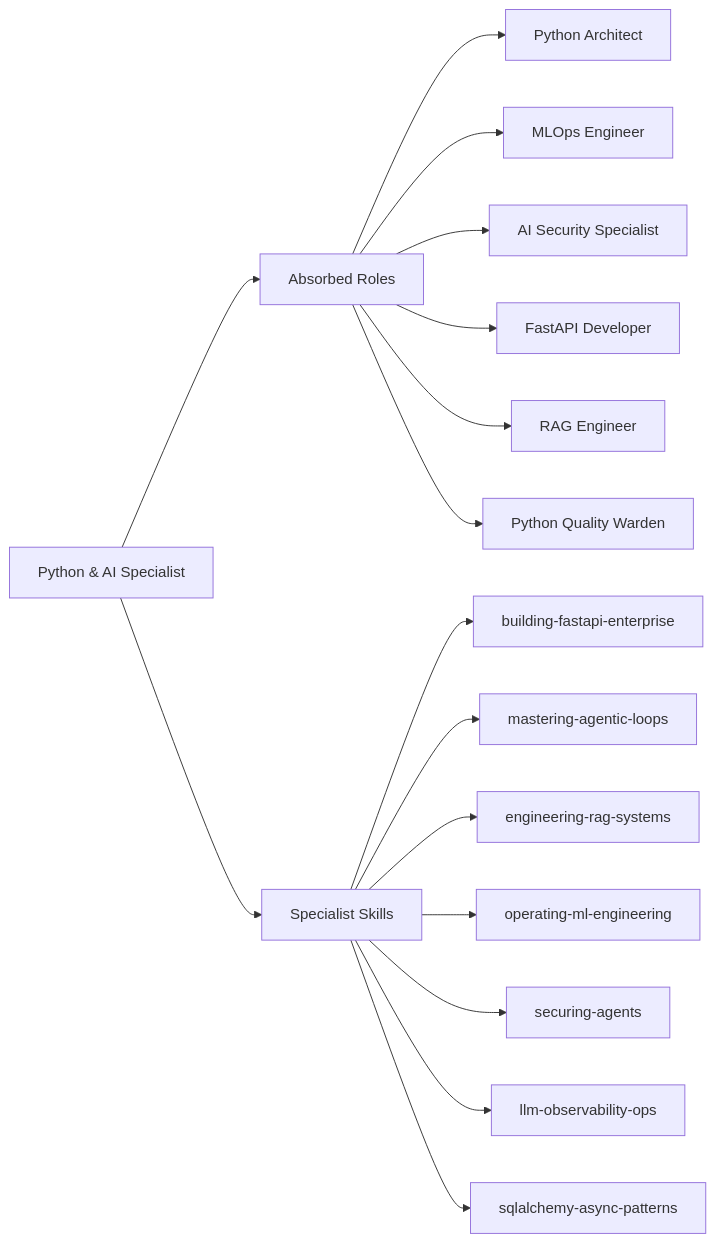
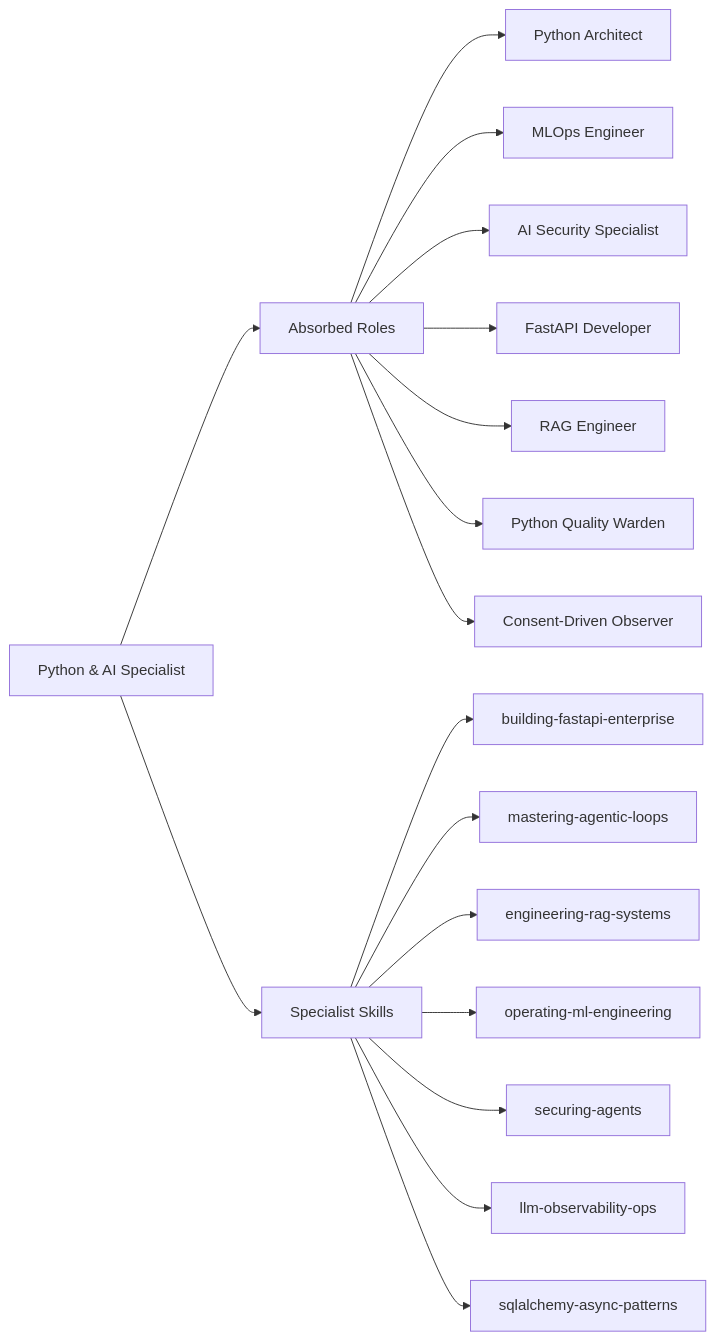
One commit to gitwalter/antigravity-agent-factory changed the diagram in .agent/agents/parallel/python-ai-specialist.md. Above: the diagram before and after it, drawn with Mermaid. The commit also changed other lines of this file and 21 other files, not shown here.

First line of the commit message:
feat(memory): implement Consent-Driven Memory Ecosystem (AGENT-50, AGENT-51)

````diff
--- a/.agent/agents/parallel/python-ai-specialist.md
+++ b/.agent/agents/parallel/python-ai-specialist.md
@@ -26,20 +26,21 @@
 ```mermaid
 graph LR
     Agent["Python & AI Specialist"]
     Agent --> Roles["Absorbed Roles"]
     Roles --> R1["Python Architect"]
     Roles --> R2["MLOps Engineer"]
     Roles --> R3["AI Security Specialist"]
     Roles --> R4["FastAPI Developer"]
     Roles --> R5["RAG Engineer"]
     Roles --> R6["Python Quality Warden"]
+    Roles --> R7["Consent-Driven Observer"]
 
     Agent --> Skills["Specialist Skills"]
     Skills --> S1["building-fastapi-enterprise"]
     Skills --> S2["mastering-agentic-loops"]
     Skills --> S3["engineering-rag-systems"]
     Skills --> S4["operating-ml-engineering"]
     Skills --> S5["securing-agents"]
     Skills --> S6["llm-observability-ops"]
     Skills --> S7["sqlalchemy-async-patterns"]
 ```
````
